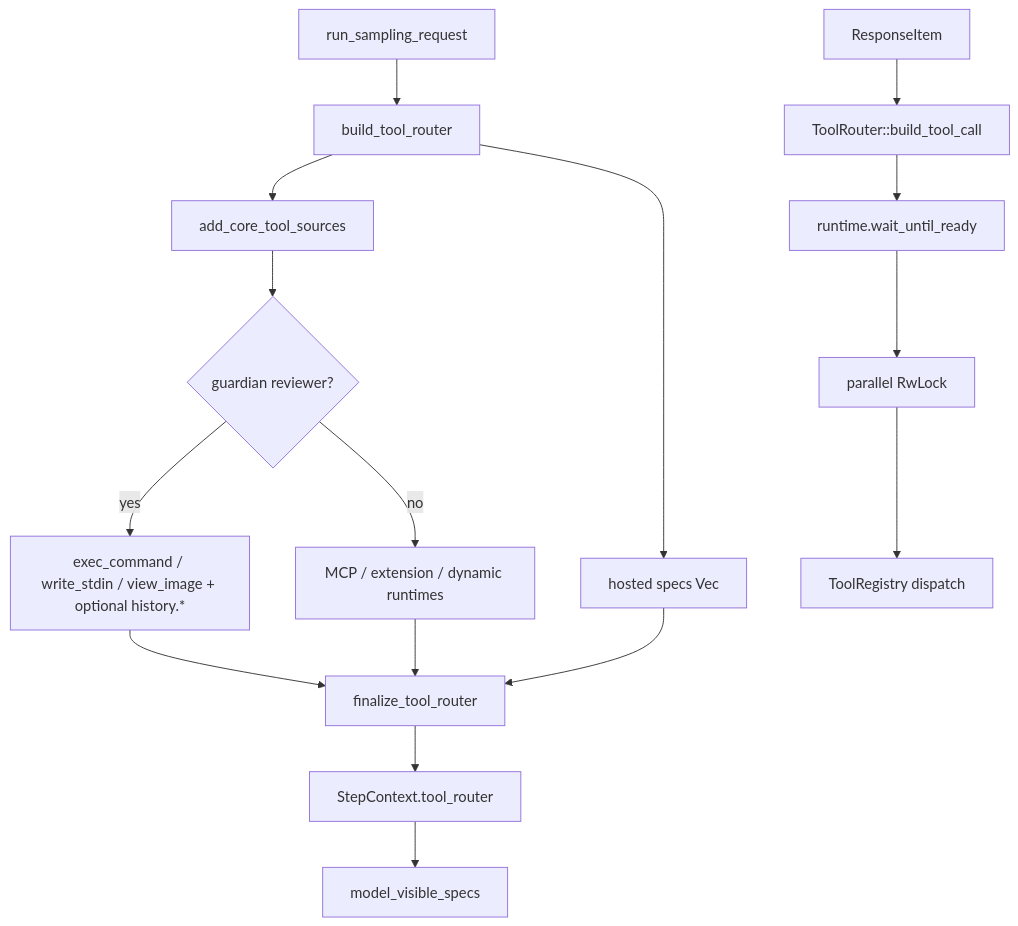
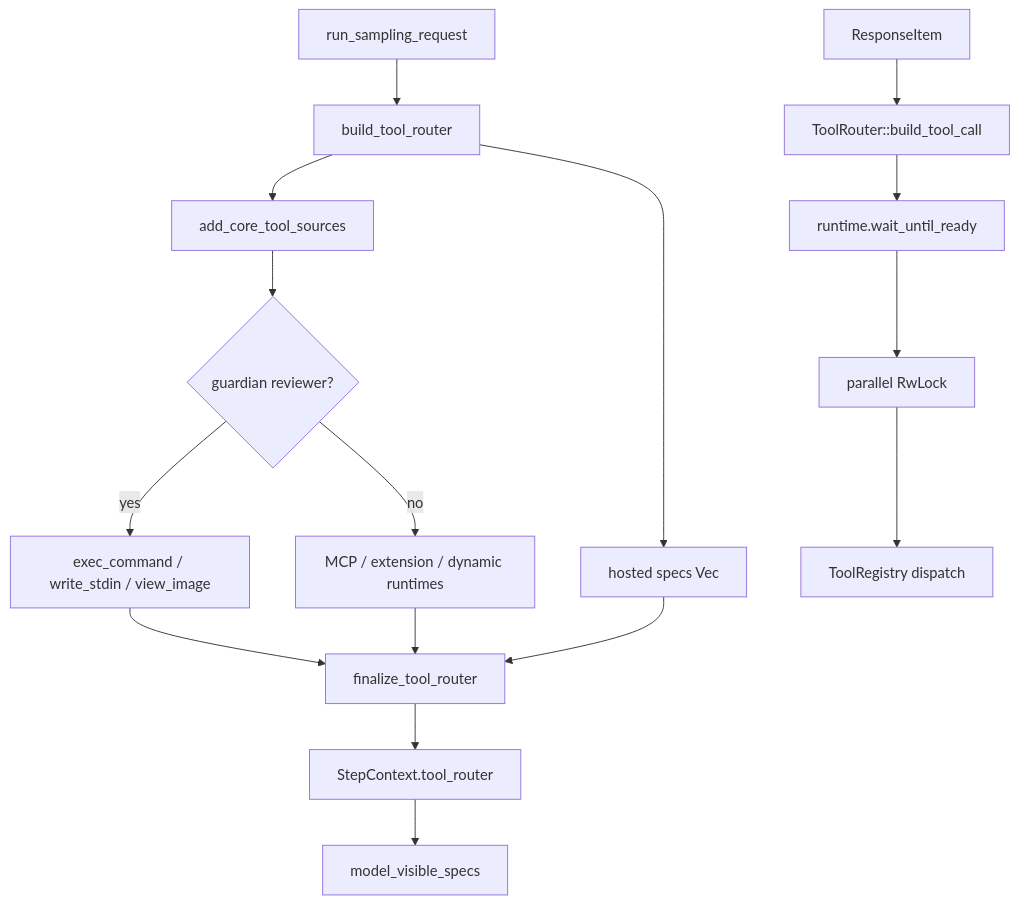
One commit to wdnmdtonyma/SOTA-Agent-LLM-Wiki changed the diagram in docs/llm-wiki/codex/spine/tool-call-anatomy.md. Above: the diagram before and after it, drawn with Mermaid. The commit also changed other lines of this file and 195 other files, not shown here.

````diff
--- a/docs/llm-wiki/codex/spine/tool-call-anatomy.md
+++ b/docs/llm-wiki/codex/spine/tool-call-anatomy.md
@@ -16,18 +16,18 @@
 ```mermaid
 flowchart TD
     TURN["run_sampling_request"] --> BUILD["build_tool_router"]
     BUILD --> CORE["add_core_tool_sources"]
     CORE --> REVIEW{"guardian reviewer?"}
-    REVIEW -->|yes| GUARD["exec_command / write_stdin / view_image + optional history.*"]
+    REVIEW -->|yes| GUARD["exec_command / write_stdin / view_image"]
     REVIEW -->|no| EXTRA["MCP / extension / dynamic runtimes"]
     BUILD --> HOSTED["hosted specs Vec"]
     EXTRA --> FINAL["finalize_tool_router"]
     HOSTED --> FINAL
     GUARD --> FINAL
     FINAL --> STEP["StepContext.tool_router"]
     STEP --> PROMPT["model_visible_specs"]
     MODEL["ResponseItem"] --> CALL["ToolRouter::build_tool_call"]
     CALL --> READY["runtime.wait_until_ready"]
     READY --> GATE["parallel RwLock"]
     GATE --> DISPATCH["ToolRegistry dispatch"]
 ```
````
